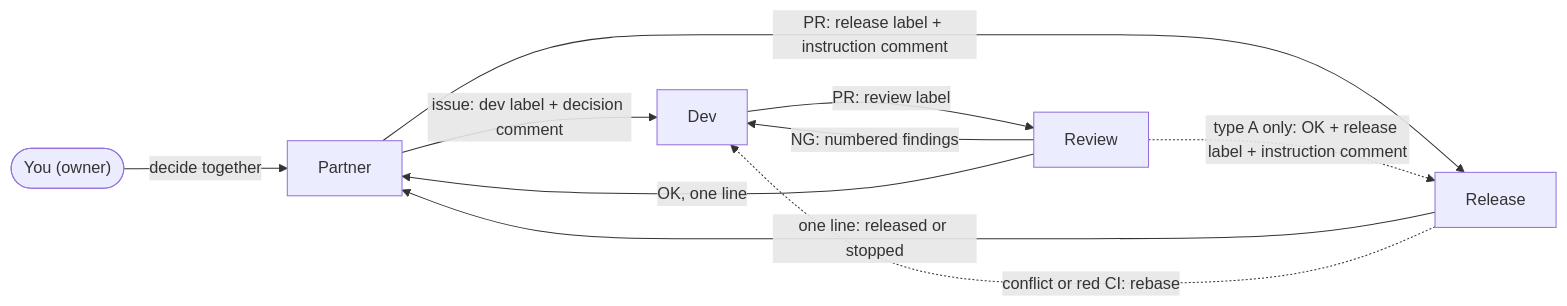
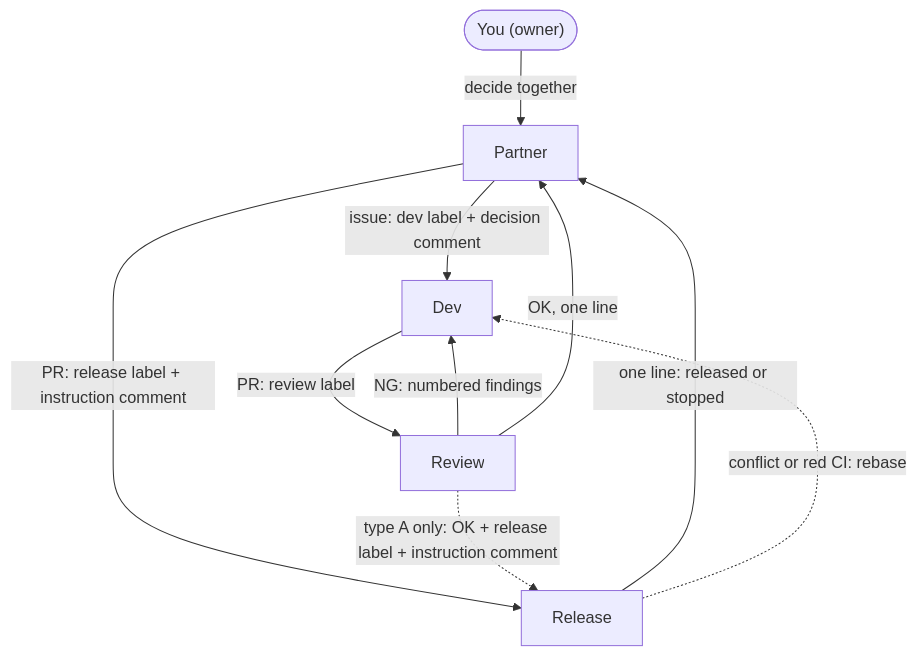
One commit to chocochocopipip/brain-kit changed the first of 2 diagrams in README.md. Above: the diagram before and after it, drawn with Mermaid. The commit also changed other lines of this file and 5 other files, not shown here.

First line of the commit message:
v12 に上げる：版を 3 か所で揃え、リリースの手順を RELEASING.md に。README の図を縦向きに（#4 の 1 番） (#31)

````diff
--- a/README.md
+++ b/README.md
@@ -37,17 +37,17 @@
 ```mermaid
-flowchart LR
+flowchart TB
   you(["You (owner)"])
   partner["Partner"]
   dev["Dev"]
   review["Review"]
   release["Release"]
   you -- "decide together" --> partner
   partner -- "issue: dev label + decision comment" --> dev
   dev -- "PR: review label" --> review
   review -- "NG: numbered findings" --> dev
   review -- "OK, one line" --> partner
   partner -- "PR: release label + instruction comment" --> release
   review -. "type A only: OK + release label + instruction comment" .-> release
   release -- "one line: released or stopped" --> partner
   release -. "conflict or red CI: rebase" .-> dev
 ```
````
